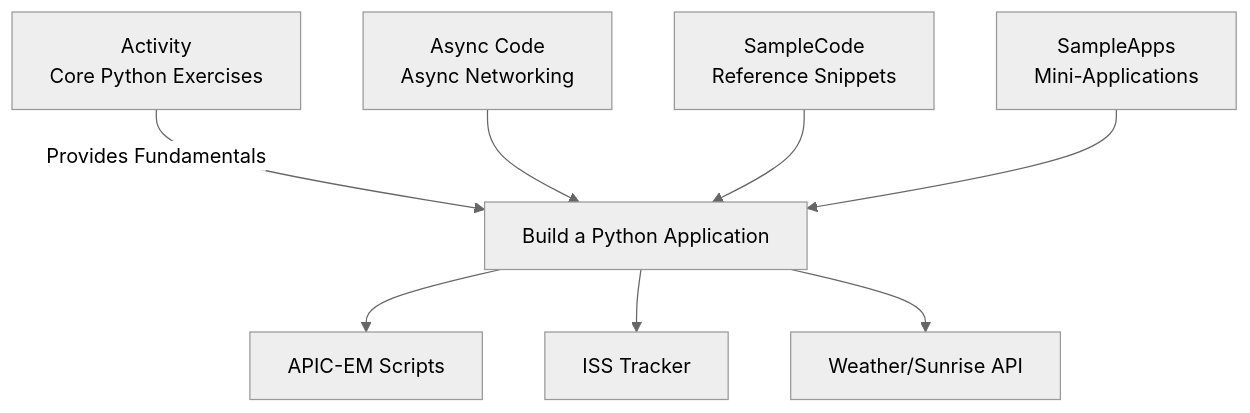
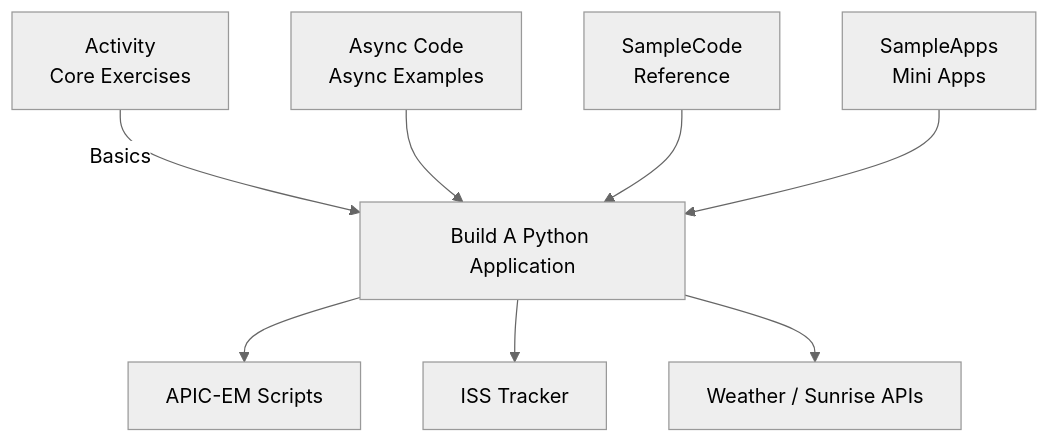
One commit to ztothez/Programming-for-networks-and-information-security changed the diagram in README.md. Above: the diagram before and after it, drawn with Mermaid (neutral theme). The commit also changed other lines of this file, not shown here.

````diff
--- a/README.md
+++ b/README.md
@@ -127,11 +155,12 @@
 ```mermaid
 flowchart TD
 
-A[Activity<br>Core Python Exercises] -->|Provides Fundamentals| C[Build a Python Application]
-B[Async Code<br>Async Networking] --> C
-D[SampleCode<br>Reference Snippets] --> C
-E[SampleApps<br>Mini-Applications] --> C
+A[Activity<br/>Core Exercises] -->|Basics| C[Build A Python Application]
+B[Async Code<br/>Async Examples] --> C
+D[SampleCode<br/>Reference] --> C
+E[SampleApps<br/>Mini Apps] --> C
+
 C --> F[APIC-EM Scripts]
 C --> G[ISS Tracker]
-C --> H[Weather/Sunrise API]
+C --> H[Weather / Sunrise APIs]
 ```
````
